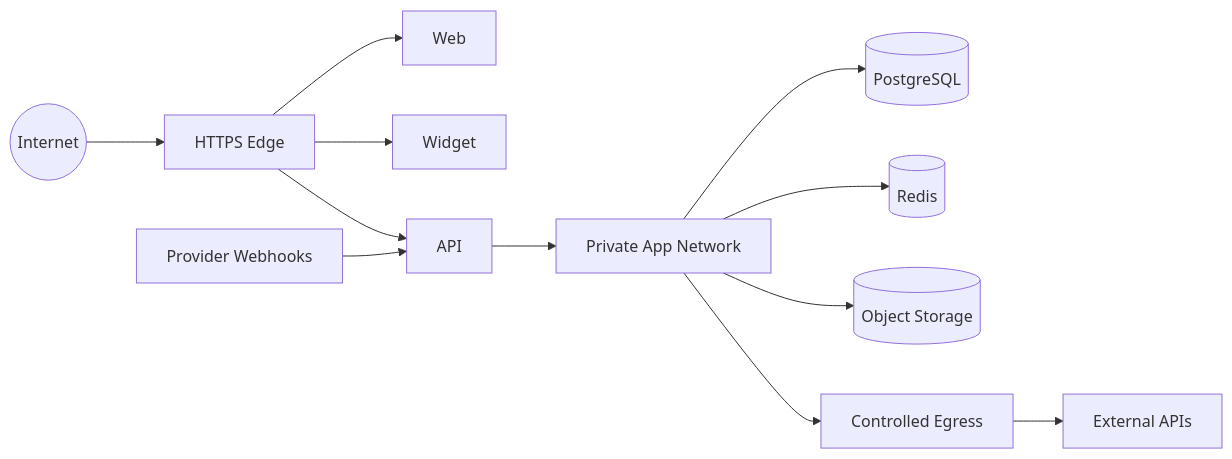
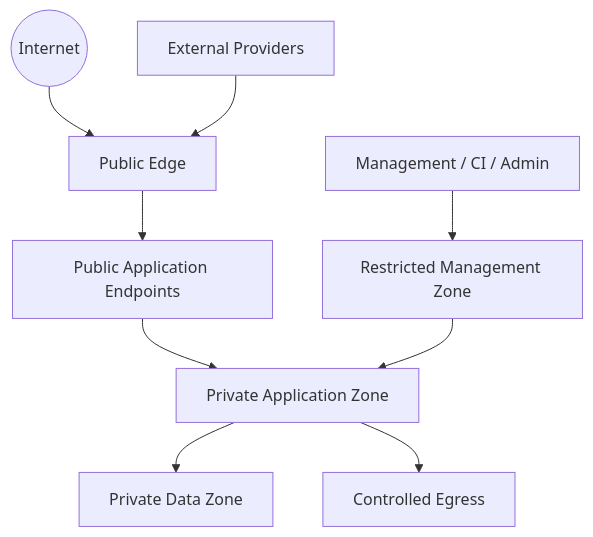
Before and after one commit to D-engahmed/OMILINKS: the first of 2 diagrams in docs/architecture/network-architecture.md, drawn with Mermaid. The commit also changed other lines of this file and 4 other files, not shown here.

Commit message:
docs: deepen high level low level deployment network and event architecture

````diff
--- a/docs/architecture/network-architecture.md
+++ b/docs/architecture/network-architecture.md
@@ -32,14 +7,11 @@
-```mermaid
-flowchart LR
-NET((Internet)) --> EDGE[HTTPS Edge]
-EDGE --> WEB[Web]
-EDGE --> WID[Widget]
-EDGE --> API[API]
-PROVIDER[Provider Webhooks] --> API
-API --> PRIV[Private App Network]
-PRIV --> DB[(PostgreSQL)]
-PRIV --> CACHE[(Redis)]
-PRIV --> STORE[(Object Storage)]
-PRIV --> EGRESS[Controlled Egress]
-EGRESS --> EXT[External APIs]
-```
+~~~mermaid
+flowchart TB
+INTERNET((Internet)) --> EDGE[Public Edge]
+PROVIDER[External Providers] --> EDGE
+EDGE --> PUBLIC[Public Application Endpoints]
+PUBLIC --> APP[Private Application Zone]
+APP --> DATA[Private Data Zone]
+APP --> EGRESS[Controlled Egress]
+MGMT[Management / CI / Admin] --> MGMTEDGE[Restricted Management Zone]
+MGMTEDGE --> APP
+~~~
````
